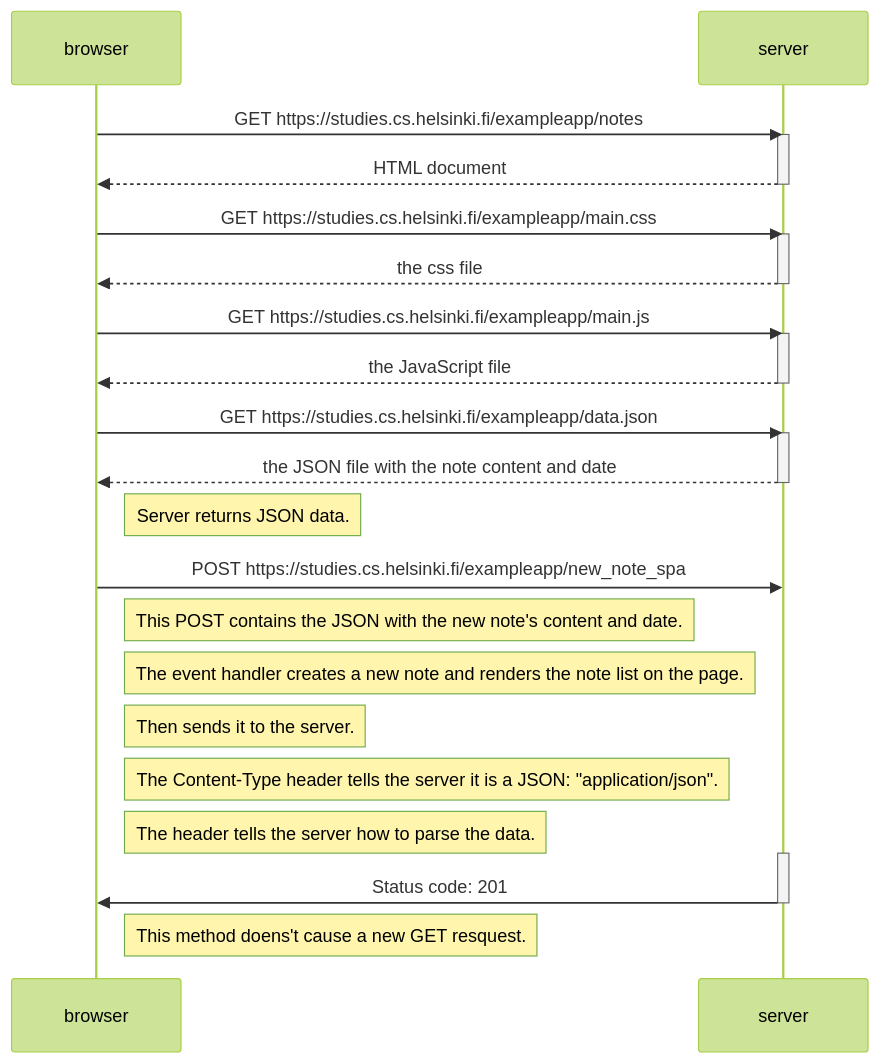
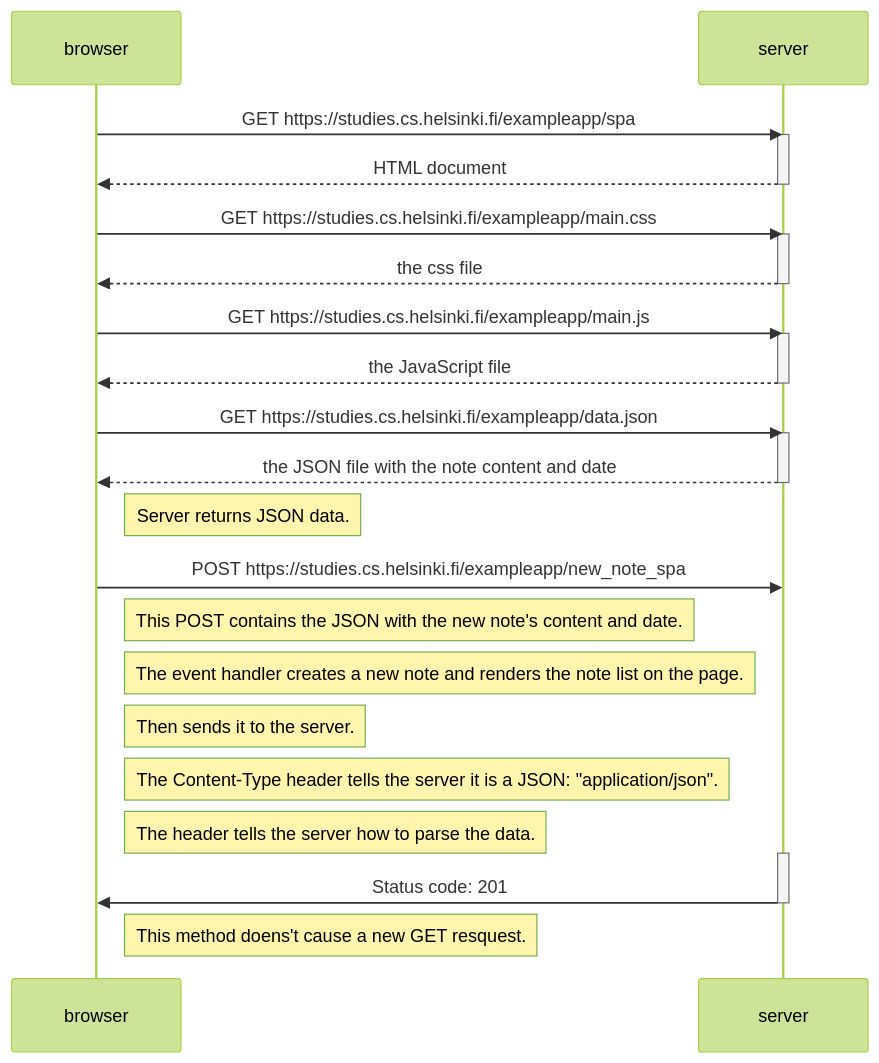
One commit to matheusperico/FullStackOpen changed the diagram in part0/06.md. Above: the diagram before and after it, drawn with Mermaid (forest theme).

````diff
--- a/part0/06.md
+++ b/part0/06.md
@@ -1,37 +1,37 @@
 ``` mermaid
 sequenceDiagram
     participant browser
     participant server
 
-    browser->>server: GET https://studies.cs.helsinki.fi/exampleapp/notes
+    browser->>server: GET https://studies.cs.helsinki.fi/exampleapp/spa
     activate server
     server-->>browser: HTML document
     deactivate server
 
     browser->>server: GET https://studies.cs.helsinki.fi/exampleapp/main.css
     activate server
     server-->>browser: the css file
     deactivate server
 
     browser->>server: GET https://studies.cs.helsinki.fi/exampleapp/main.js
     activate server
     server-->>browser: the JavaScript file
     deactivate server
 
     browser->>server: GET https://studies.cs.helsinki.fi/exampleapp/data.json
     activate server
     server-->>browser: the JSON file with the note content and date
     deactivate server
     note right of browser: Server returns JSON data.
 
     browser->>server: POST https://studies.cs.helsinki.fi/exampleapp/new_note_spa
     note right of browser: This POST contains the JSON with the new note's content and date.
     note right of browser: The event handler creates a new note and renders the note list on the page.
     note right of browser: Then sends it to the server.
     note right of browser: The Content-Type header tells the server it is a JSON: "application/json".
     note right of browser: The header tells the server how to parse the data.
     activate server
     server->>browser: Status code: 201
     deactivate server 
     note right of browser: This method doens't cause a new GET resquest.
 ```
````
